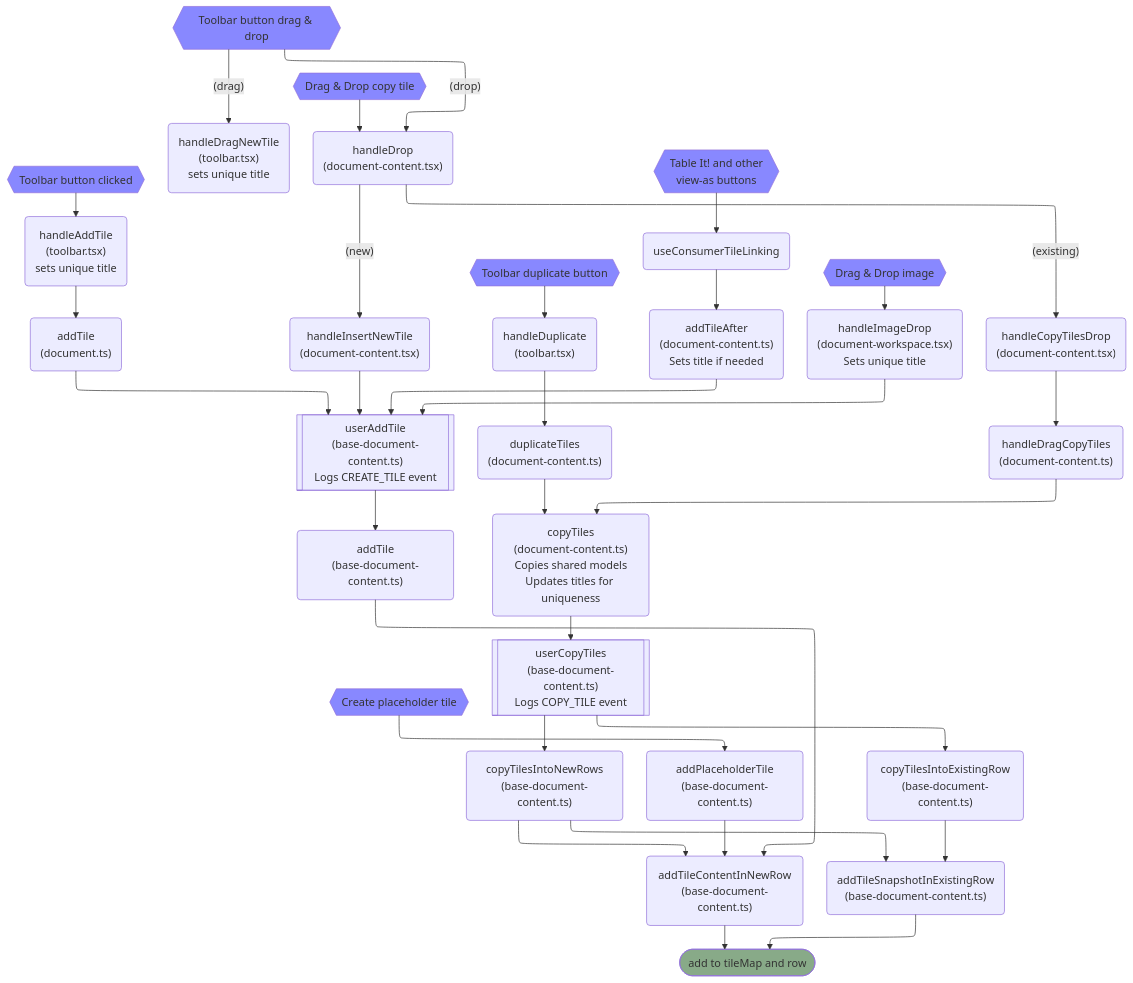
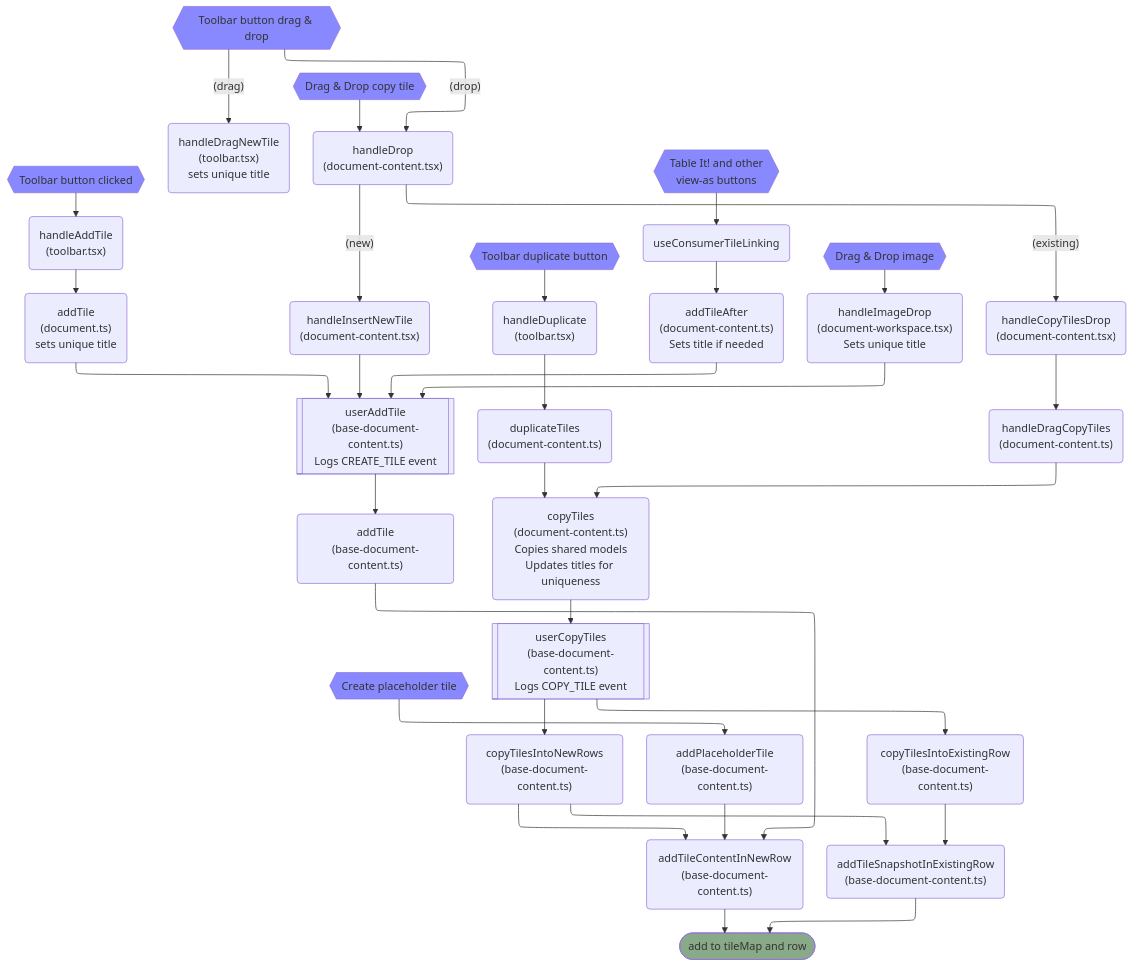
The first of 2 diagrams in docs/tile-creation.md (concord-consortium/collaborative-learning), drawn with Mermaid before and after one commit.

Commit message:
Update diagram

````diff
--- a/docs/tile-creation.md
+++ b/docs/tile-creation.md
@@ -5,69 +5,69 @@
 ```mermaid
 flowchart TD
 %%{init: {"flowchart": {"defaultRenderer": "elk"}} }%%
 
 toolbarClick{{"Toolbar button clicked"}}
-TBhandleAddTile("handleAddTile\n(toolbar.tsx)\nsets unique title")
-DaddTile("addTile\n(document.ts)")
+TBhandleAddTile("handleAddTile\n(toolbar.tsx)")
+DaddTile("addTile\n(document.ts)\nsets unique title")
 BDCuserAddTile[["userAddTile\n(base-document-content.ts)\nLogs CREATE_TILE event"]]
 BDCaddTile("addTile\n(base-document-content.ts)")
 
 toolbarClick --> TBhandleAddTile --> DaddTile --> BDCuserAddTile --> BDCaddTile --> BDCaddTileContentInNewRow
 
 toolbarDrag{{"Toolbar button drag & drop"}}
 ThandleDragNewTile("handleDragNewTile\n(toolbar.tsx)\nsets unique title")
 DChandleDrop("handleDrop\n(document-content.tsx)")
 DChandleInsertNewTile("handleInsertNewTile\n(document-content.tsx)")
 
 toolbarDrag -- (drag) --> ThandleDragNewTile
 toolbarDrag -- (drop) --> DChandleDrop -- (new) --> DChandleInsertNewTile --> BDCuserAddTile
 
 toolbarDuplicate{{Toolbar duplicate button}}
 ThandleDuplicate("handleDuplicate\n(toolbar.tsx)")
 DCduplicateTiles("duplicateTiles\n(document-content.ts)")
 DCcopyTiles("copyTiles\n(document-content.ts)\nCopies shared models\nUpdates titles for uniqueness")
 BDCcopyTilesIntoNewRows("copyTilesIntoNewRows\n(base-document-content.ts)")
 
 toolbarDuplicate --> ThandleDuplicate --> DCduplicateTiles --> DCcopyTiles
 BDCcopyTilesIntoNewRows --> BDCaddTileContentInNewRow
 
 tableIt{{"Table It! and other\nview-as buttons"}}
 useConsumerTileLinking("useConsumerTileLinking")
 DCaddTileAfter("addTileAfter\n(document-content.ts)\nSets title if needed")
 
 tableIt --> useConsumerTileLinking --> DCaddTileAfter --> BDCuserAddTile
 
 placeholder{{"Create placeholder tile"}}
 BDCaddPlaceholderTile("addPlaceholderTile\n(base-document-content.ts)")
 placeholder --> BDCaddPlaceholderTile --> BDCaddTileContentInNewRow
 
 dragImage{{"Drag & Drop image"}}
 DWhandleImageDrop("handleImageDrop\n(document-workspace.tsx)\nSets unique title")
 dragImage --> DWhandleImageDrop --> BDCuserAddTile
 
 dragTile{{"Drag & Drop copy tile"}}
 DChandleDrop("handleDrop\n(document-content.tsx)")
 DChandleCopyTilesDrop("handleCopyTilesDrop\n(document-content.tsx)")
 DChandleDragCopyTiles("handleDragCopyTiles\n(document-content.ts)")
 BDCuserCopyTiles[["userCopyTiles\n(base-document-content.ts)\nLogs COPY_TILE event"]]
 BDCcopyTilesIntoExistingRow("copyTilesIntoExistingRow\n(base-document-content.ts)")
 
 dragTile --> DChandleDrop -- (existing) --> DChandleCopyTilesDrop --> DChandleDragCopyTiles --> DCcopyTiles --> BDCuserCopyTiles --> BDCcopyTilesIntoNewRows & BDCcopyTilesIntoExistingRow --> BDCaddTileSnapshotInExistingRow
 
 BDCaddTileContentInNewRow("addTileContentInNewRow\n(base-document-content.ts)")
 BDCaddTileSnapshotInExistingRow("addTileSnapshotInExistingRow\n(base-document-content.ts)")
 insert([add to tileMap and row])
 
 BDCaddTileContentInNewRow & BDCaddTileSnapshotInExistingRow --> insert
 
 style insert fill:#8A8
 
 style toolbarClick fill:#88F
 style toolbarDrag fill:#88F
 style toolbarDuplicate fill:#88F
 style dragImage fill:#88F
 style dragTile fill:#88F
 style tableIt fill:#88F
 style placeholder fill:#88F
 
 ```
````
